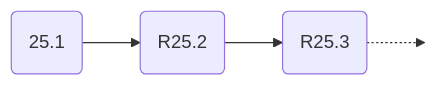
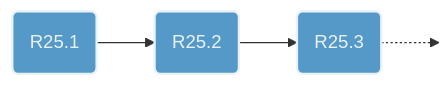
The first of 6 diagrams in dev/development-cycle.md (spectrum-health-systems/tingen-documentation), drawn with Mermaid before and after one commit.

````diff
--- a/dev/development-cycle.md
+++ b/dev/development-cycle.md
@@ -20,11 +20,12 @@
 ```mermaid
 flowchart LR
     %% Components
-    R25.1@{shape: rounded, label: "25.1"}
+    R25.1@{shape: rounded, label: "R25.1"}
     R25.2@{shape: rounded, label: "R25.2"}
     R25.3@{shape: rounded, label: "R25.3"}
     %% Layout
-    R25.1 --> R25.2 --> R25.3 -.-> HiddenA:::Hidden
+    R25.1:::U2_ --> R25.2:::U2_ --> R25.3:::U2_ -.-> HiddenA:::Hidden
     %% Styles
- classDef Hidden display: none;
+    classDef Hidden display: none;
+    classDef U2_ stroke:#eaf2f8,stroke-width:2px,fill:#5499c7,color:#eaf2f8
 ```
````
